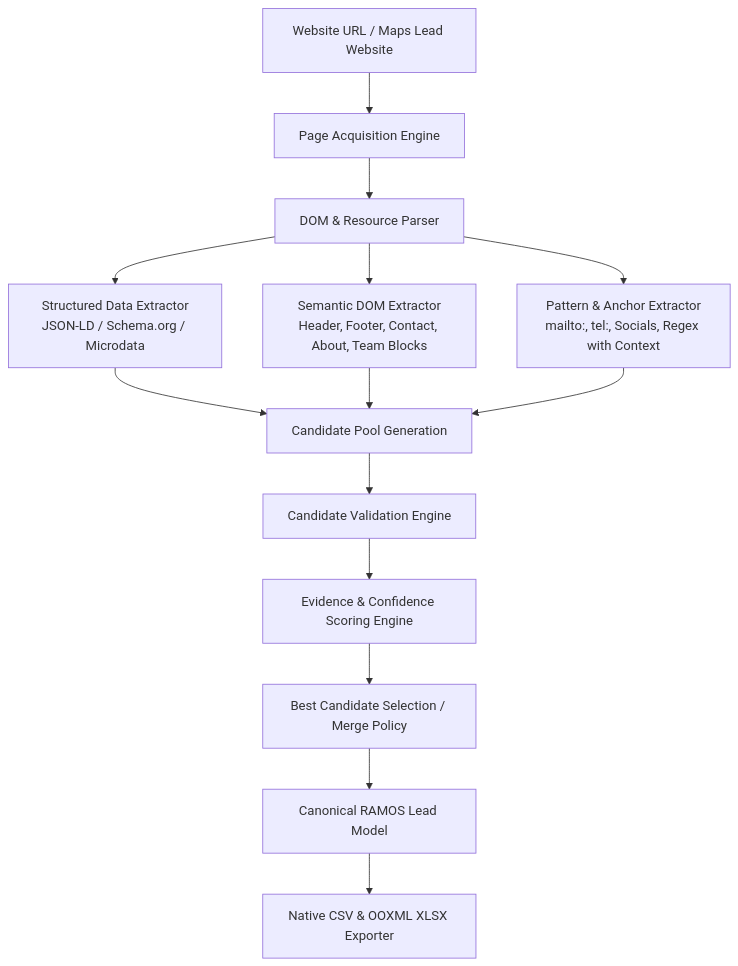
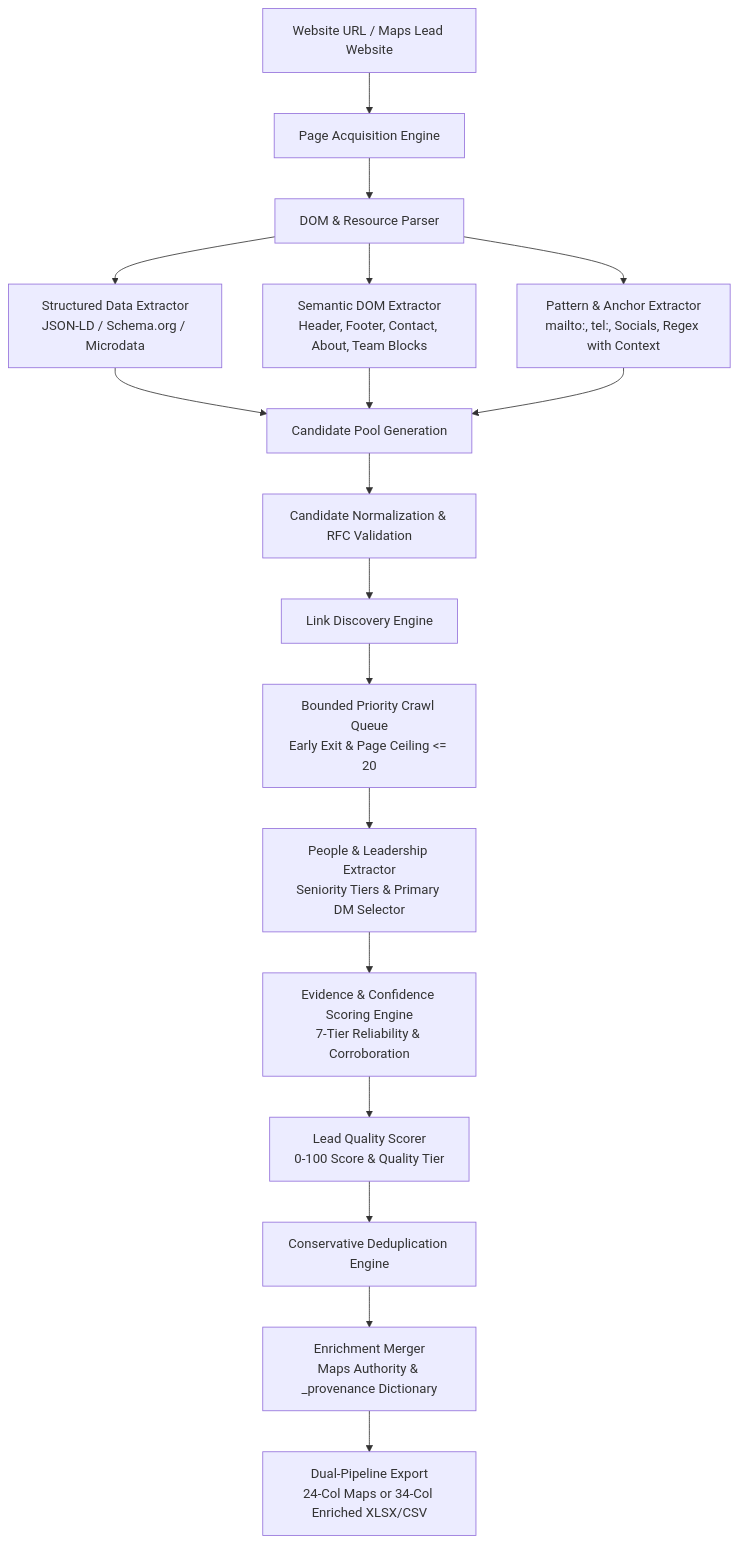
One commit to sodharaj369/Ramos changed the diagram in docs/RAMOS_WEBSITE_ARCHITECTURE.md. Above: the diagram before and after it, drawn with Mermaid. The commit also changed other lines of this file and 14 other files, not shown here.

Commit message:
feat: implement project consistency checker and document RAMOS architecture, extraction rules, and release roadmap

````diff
--- a/docs/RAMOS_WEBSITE_ARCHITECTURE.md
+++ b/docs/RAMOS_WEBSITE_ARCHITECTURE.md
@@ -15,16 +23,20 @@
 ```mermaid
 flowchart TD
     A[Website URL / Maps Lead Website] --> B[Page Acquisition Engine]
     B --> C[DOM & Resource Parser]
     C --> D[Structured Data Extractor\nJSON-LD / Schema.org / Microdata]
     C --> E[Semantic DOM Extractor\nHeader, Footer, Contact, About, Team Blocks]
     C --> F[Pattern & Anchor Extractor\nmailto:, tel:, Socials, Regex with Context]
     D --> G[Candidate Pool Generation]
     E --> G
     F --> G
-    G --> H[Candidate Validation Engine]
-    H --> I[Evidence & Confidence Scoring Engine]
-    I --> J[Best Candidate Selection / Merge Policy]
-    J --> K[Canonical RAMOS Lead Model]
-    K --> L[Native CSV & OOXML XLSX Exporter]
+    G --> H[Candidate Normalization & RFC Validation]
+    H --> I[Link Discovery Engine]
+    I --> J[Bounded Priority Crawl Queue\nEarly Exit & Page Ceiling <= 20]
+    J --> K[People & Leadership Extractor\nSeniority Tiers & Primary DM Selector]
+    K --> L[Evidence & Confidence Scoring Engine\n7-Tier Reliability & Corroboration]
+    L --> M[Lead Quality Scorer\n0-100 Score & Quality Tier]
+    M --> N[Conservative Deduplication Engine]
+    N --> O[Enrichment Merger\nMaps Authority & _provenance Dictionary]
+    O --> P[Dual-Pipeline Export\n24-Col Maps or 34-Col Enriched XLSX/CSV]
 ```
````
